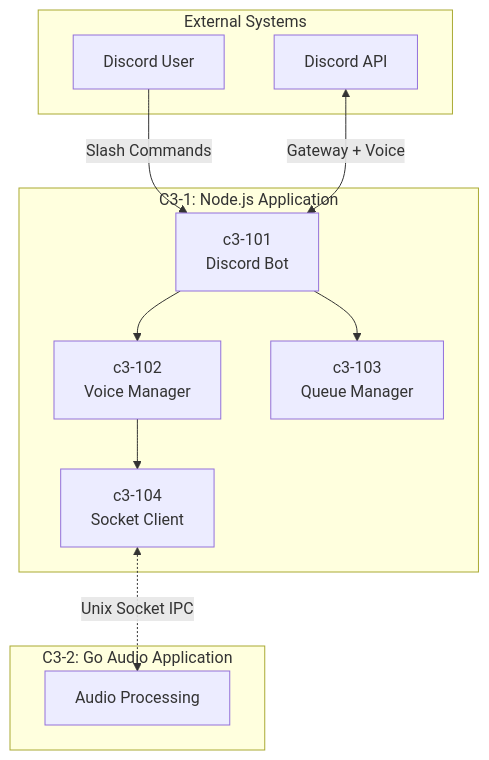
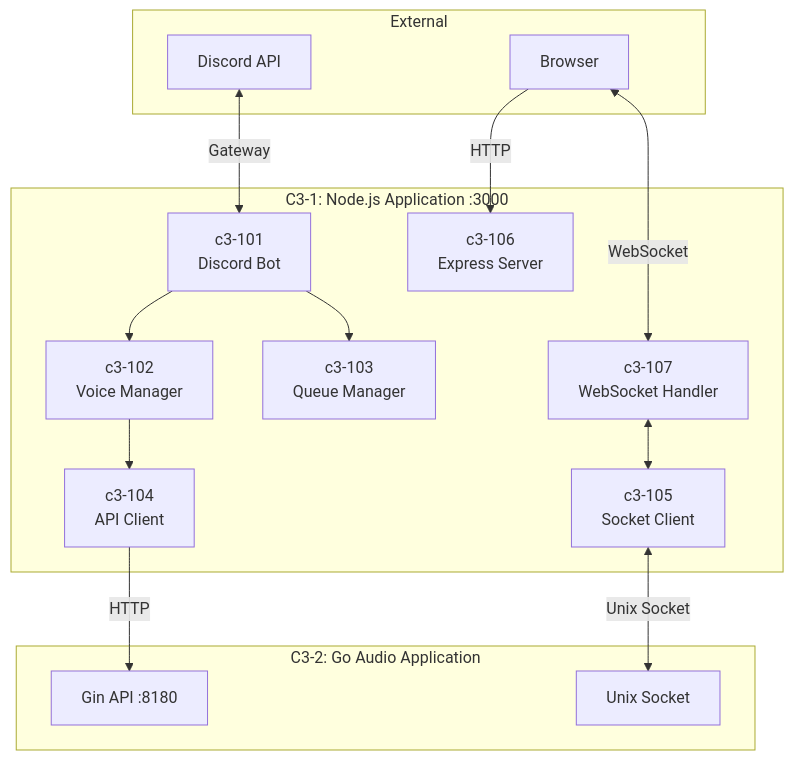
Before and after one commit to thewind121212/natashi: the first of 6 diagrams in .c3/c3-1-nodejs/README.md, drawn with Mermaid. The commit also changed other lines of this file and 34 other files, not shown here.

````diff
--- a/.c3/c3-1-nodejs/README.md
+++ b/.c3/c3-1-nodejs/README.md
@@ -22,25 +22,32 @@
 ```mermaid
 flowchart TB
-    subgraph External["External Systems"]
+    subgraph External["External"]
+        BROWSER[Browser]
         DISCORD[Discord API]
-        USER[Discord User]
     end
 
-    subgraph C3_1["C3-1: Node.js Application"]
-        C101[c3-101<br/>Discord Bot]
-        C102[c3-102<br/>Voice Manager]
-        C103[c3-103<br/>Queue Manager]
-        C104[c3-104<br/>Socket Client]
+    subgraph C3_1["C3-1: Node.js Application :3000"]
+        c3_101[c3-101<br/>Discord Bot]
+        c3_102[c3-102<br/>Voice Manager]
+        c3_103[c3-103<br/>Queue Manager]
+        c3_104[c3-104<br/>API Client]
+        c3_105[c3-105<br/>Socket Client]
+        c3_106[c3-106<br/>Express Server]
+        c3_107[c3-107<br/>WebSocket Handler]
     end
 
     subgraph C3_2["C3-2: Go Audio Application"]
-        GO[Audio Processing]
+        GO_API[Gin API :8180]
+        GO_SOCKET[Unix Socket]
     end
 
-    USER -->|Slash Commands| C101
-    DISCORD <-->|Gateway + Voice| C101
-    C101 --> C102
-    C101 --> C103
-    C102 --> C104
-    C104 <-.->|Unix Socket IPC| GO
+    BROWSER -->|HTTP| c3_106
+    BROWSER <-->|WebSocket| c3_107
+    DISCORD <-->|Gateway| c3_101
+    c3_101 --> c3_102
+    c3_101 --> c3_103
+    c3_102 --> c3_104
+    c3_104 -->|HTTP| GO_API
+    c3_105 <-->|Unix Socket| GO_SOCKET
+    c3_107 <--> c3_105
 ```
````
